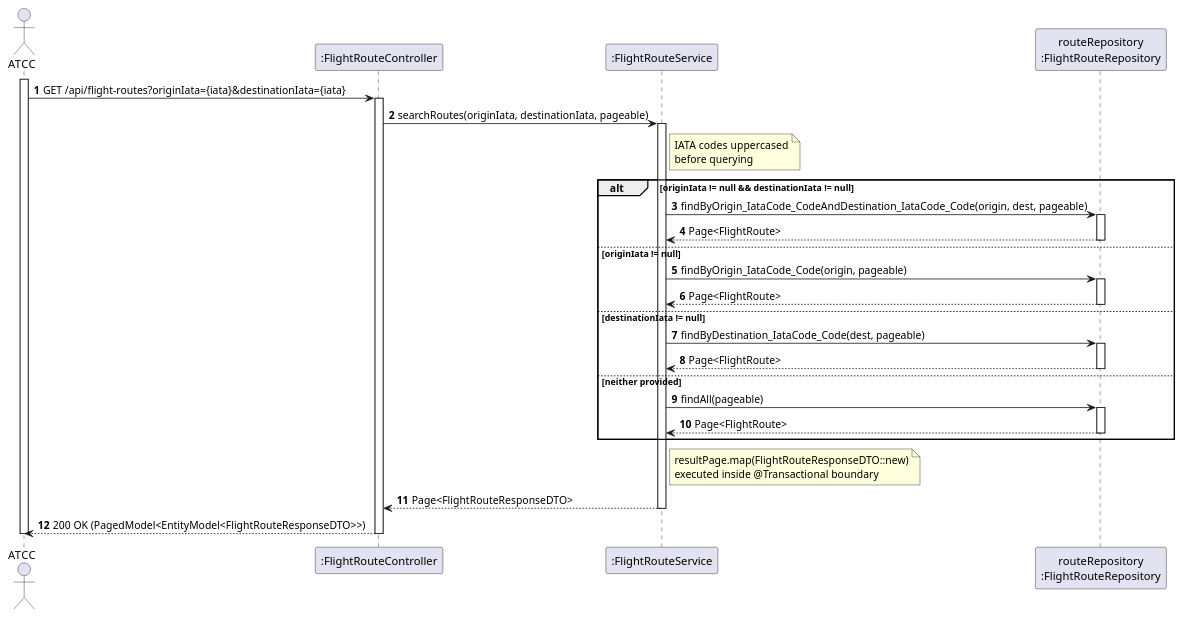
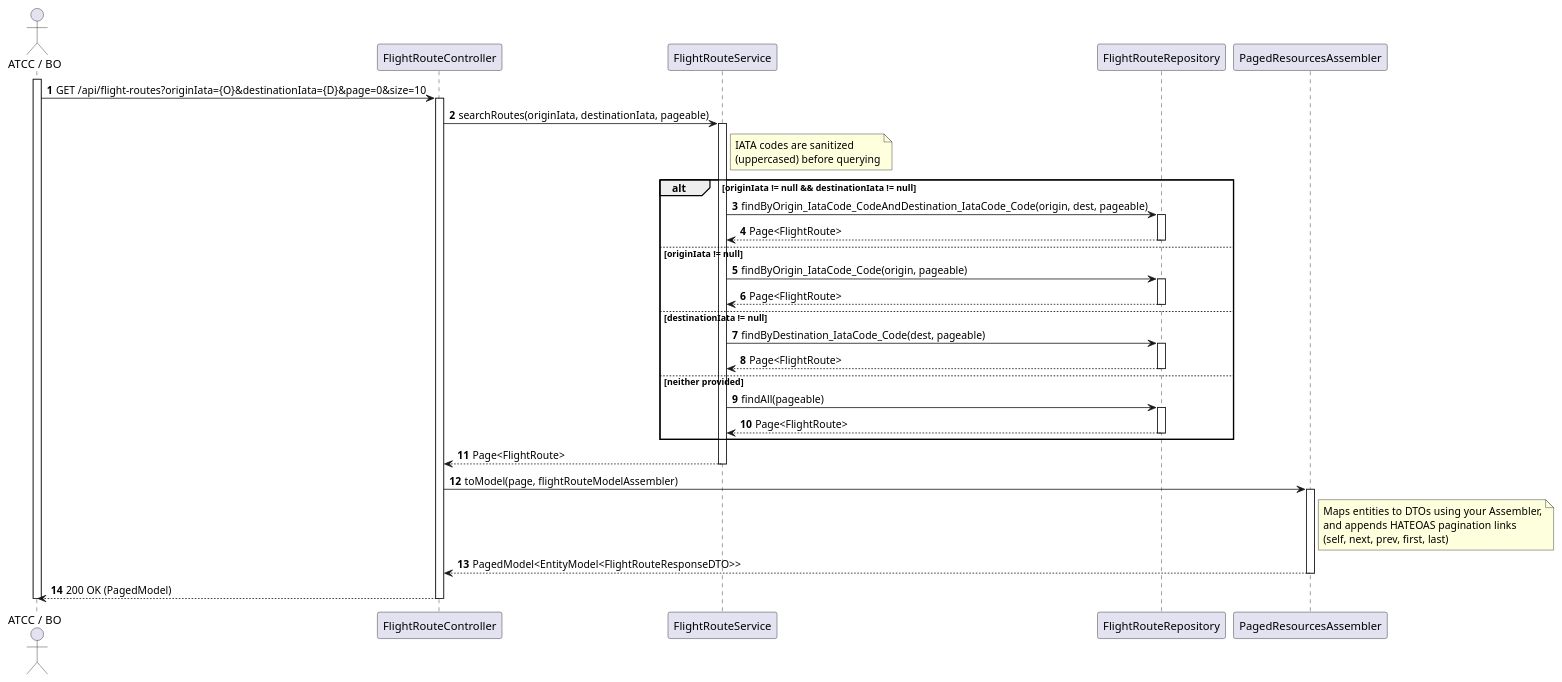
One commit to Andre-1240567/psoft2026_2DB_1240567_1241013_1240624 changed the diagram in docs/use-cases/WP#3A/US114/puml/US114-SD.puml. Above: the diagram before and after it, drawn with PlantUML. The commit also changed 43 other files, not shown here.

```diff
--- a/docs/use-cases/WP#3A/US114/puml/US114-SD.puml
+++ b/docs/use-cases/WP#3A/US114/puml/US114-SD.puml
@@ -1,47 +1,52 @@
-@startuml
+@startuml US114-SD
 autonumber
-actor "ATCC" as Actor
-participant ":FlightRouteController" as Ctrl
-participant ":FlightRouteService" as Service
-participant "routeRepository\n:FlightRouteRepository" as Repo
+actor "ATCC / BO" as Actor
+participant "FlightRouteController" as Ctrl
+participant "FlightRouteService" as Service
+participant "FlightRouteRepository" as Repo
+participant "PagedResourcesAssembler" as PagedAssembler
 
 activate Actor
-Actor -> Ctrl: GET /api/flight-routes?originIata={iata}&destinationIata={iata}
+Actor -> Ctrl: GET /api/flight-routes?originIata={O}&destinationIata={D}&page=0&size=10
 activate Ctrl
 
 Ctrl -> Service: searchRoutes(originIata, destinationIata, pageable)
 activate Service
 
-note right of Service: IATA codes uppercased\nbefore querying
+note right of Service: IATA codes are sanitized\n(uppercased) before querying
 
 alt originIata != null && destinationIata != null
     Service -> Repo: findByOrigin_IataCode_CodeAndDestination_IataCode_Code(origin, dest, pageable)
     activate Repo
     Repo --> Service: Page<FlightRoute>
     deactivate Repo
 else originIata != null
     Service -> Repo: findByOrigin_IataCode_Code(origin, pageable)
     activate Repo
     Repo --> Service: Page<FlightRoute>
     deactivate Repo
 else destinationIata != null
     Service -> Repo: findByDestination_IataCode_Code(dest, pageable)
     activate Repo
     Repo --> Service: Page<FlightRoute>
     deactivate Repo
 else neither provided
     Service -> Repo: findAll(pageable)
     activate Repo
     Repo --> Service: Page<FlightRoute>
     deactivate Repo
 end
 
-note right of Service: resultPage.map(FlightRouteResponseDTO::new)\nexecuted inside @Transactional boundary
-
-Service --> Ctrl: Page<FlightRouteResponseDTO>
+Service --> Ctrl: Page<FlightRoute>
 deactivate Service
 
-Ctrl --> Actor: 200 OK (PagedModel<EntityModel<FlightRouteResponseDTO>>)
+Ctrl -> PagedAssembler: toModel(page, flightRouteModelAssembler)
+activate PagedAssembler
+note right of PagedAssembler: Maps entities to DTOs using your Assembler,\nand appends HATEOAS pagination links\n(self, next, prev, first, last)
+PagedAssembler --> Ctrl: PagedModel<EntityModel<FlightRouteResponseDTO>>
+deactivate PagedAssembler
+
+Ctrl --> Actor: 200 OK (PagedModel)
 deactivate Ctrl
 deactivate Actor
 @enduml
```
